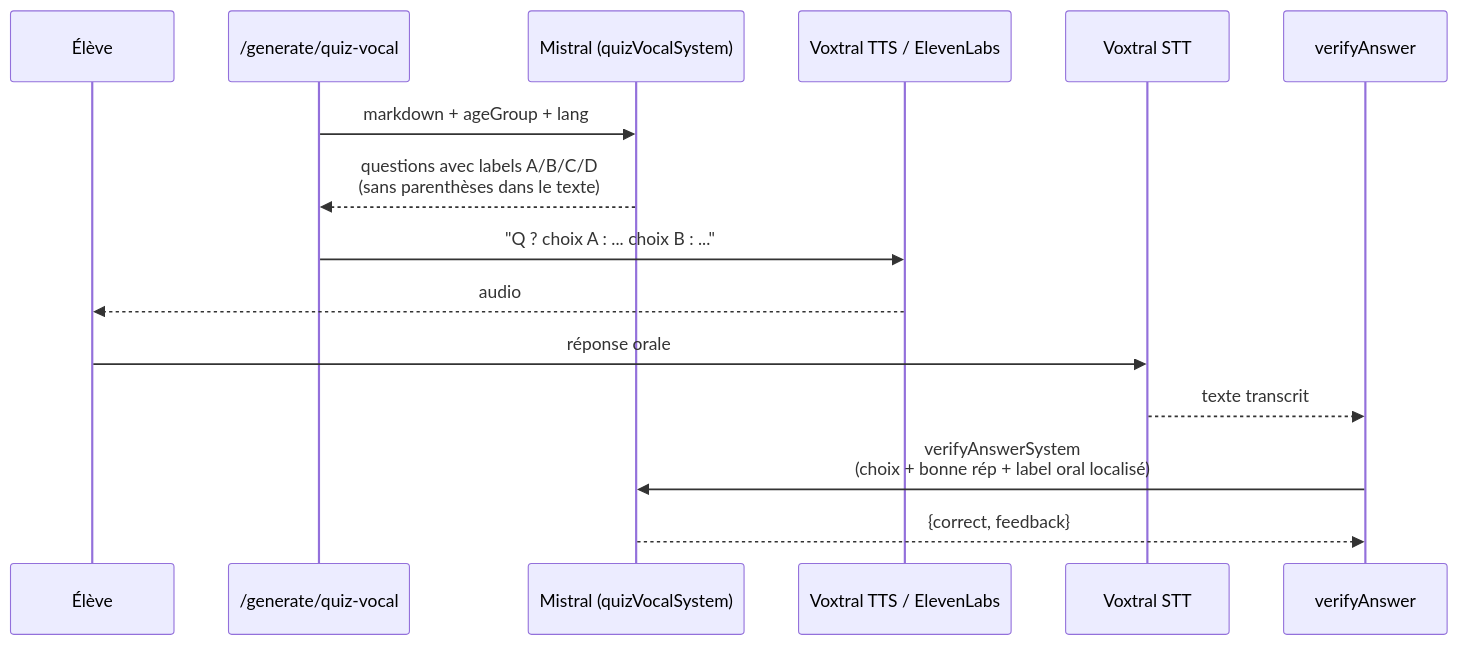
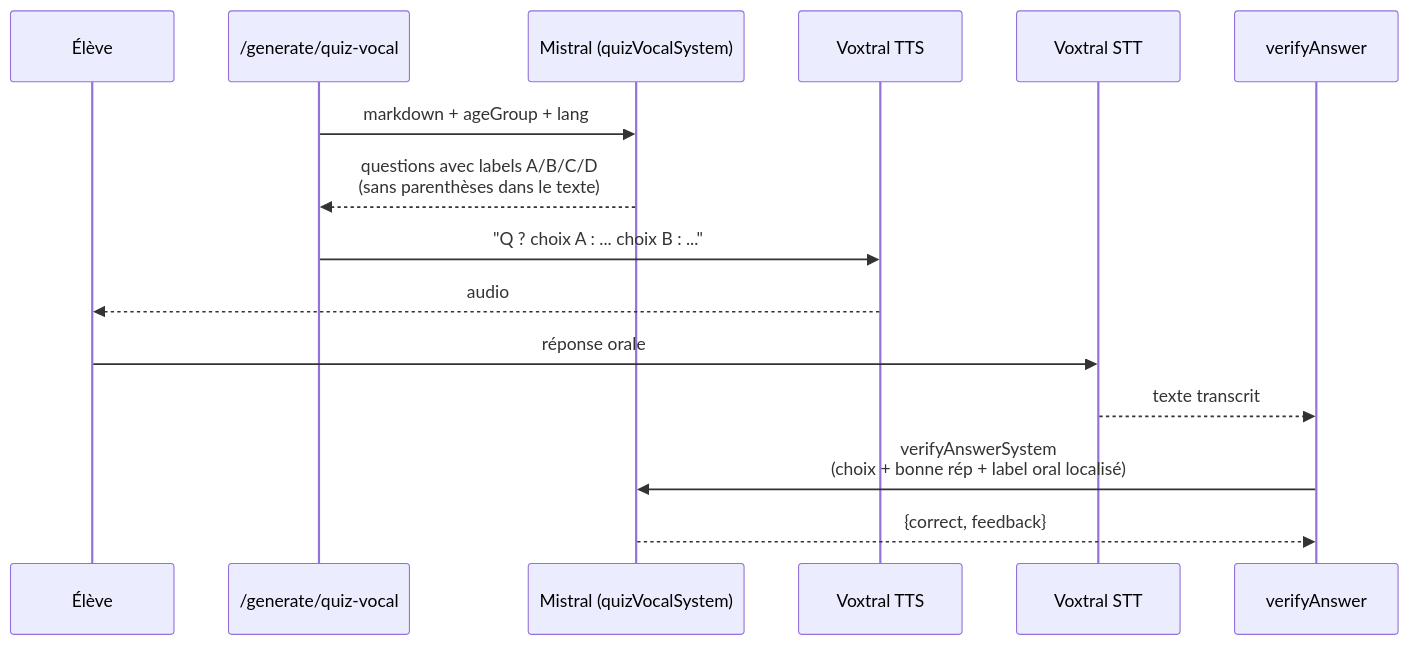
Before and after one commit to jls42/EurekAI: the third of 4 diagrams in docs/prompts.md, drawn with Mermaid. The commit also changed 48 other files, not shown here.

````diff
--- a/docs/prompts.md
+++ b/docs/prompts.md
@@ -393,18 +393,18 @@
 ```mermaid
 sequenceDiagram
     participant U as Élève
     participant API as /generate/quiz-vocal
     participant LLM as Mistral (quizVocalSystem)
-    participant TTS as Voxtral TTS / ElevenLabs
+    participant TTS as Voxtral TTS
     participant STT as Voxtral STT
     participant V as verifyAnswer
 
     API->>LLM: markdown + ageGroup + lang
     LLM-->>API: questions avec labels A/B/C/D<br/>(sans parenthèses dans le texte)
     API->>TTS: "Q ? choix A : ... choix B : ..."
     TTS-->>U: audio
     U->>STT: réponse orale
     STT-->>V: texte transcrit
     V->>LLM: verifyAnswerSystem<br/>(choix + bonne rép + label oral localisé)
     LLM-->>V: {correct, feedback}
 ```
````
